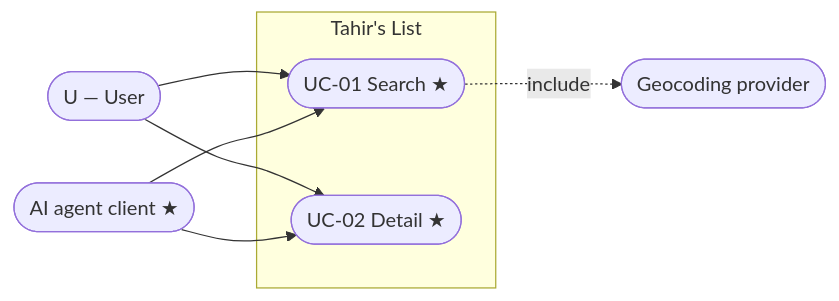
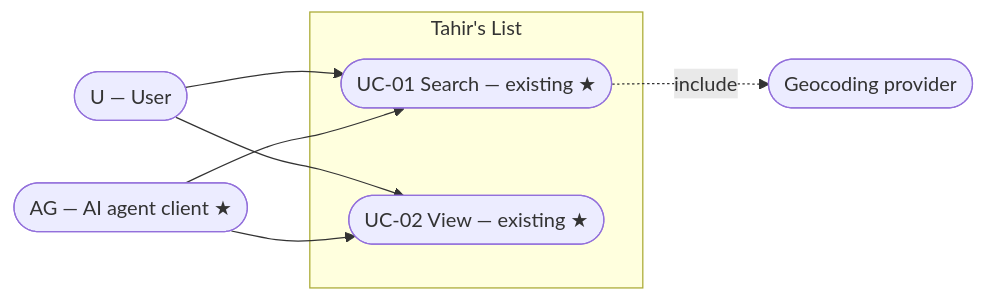
Before and after one commit to Losers-Lab/tahirs-list: the first of 2 diagrams in docs/features/SC-209/03-use-case-diagram.md, drawn with Mermaid. The commit also changed other lines of this file and 8 other files, not shown here.

Commit message:
[SC-209] Reuse existing search and view use cases

````diff
--- a/docs/features/SC-209/03-use-case-diagram.md
+++ b/docs/features/SC-209/03-use-case-diagram.md
@@ -7,15 +7,15 @@
 ```mermaid
 flowchart LR
     U([U — User])
-    AG([AI agent client ★])
+    AG([AG — AI agent client ★])
     GEO([Geocoding provider])
     subgraph System["Tahir's List"]
-        UC01([UC-01 Search ★])
-        UC02([UC-02 Detail ★])
+        UC01([UC-01 Search — existing ★])
+        UC02([UC-02 View — existing ★])
     end
     U --> UC01
     U --> UC02
     AG --> UC01
     AG --> UC02
     UC01 -.->|include| GEO
 ```
````
